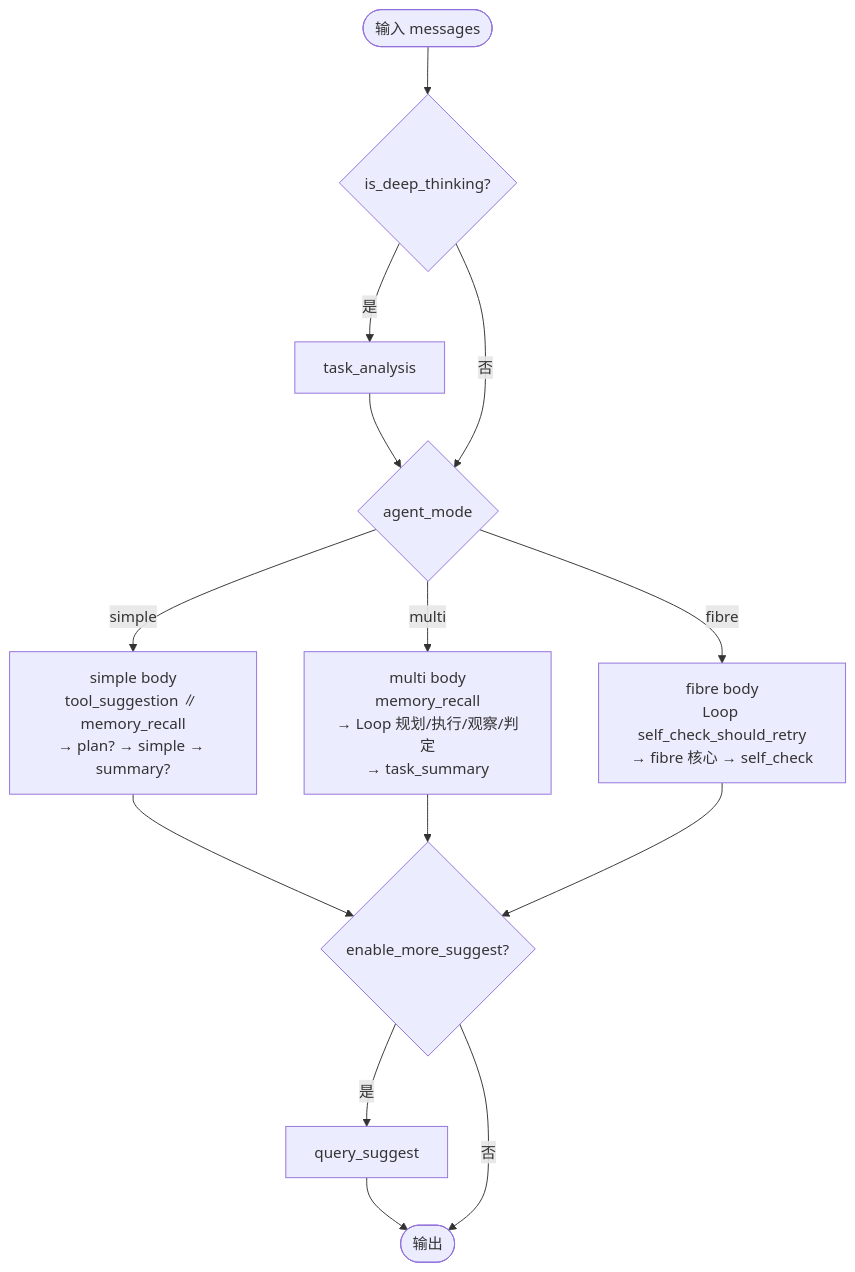
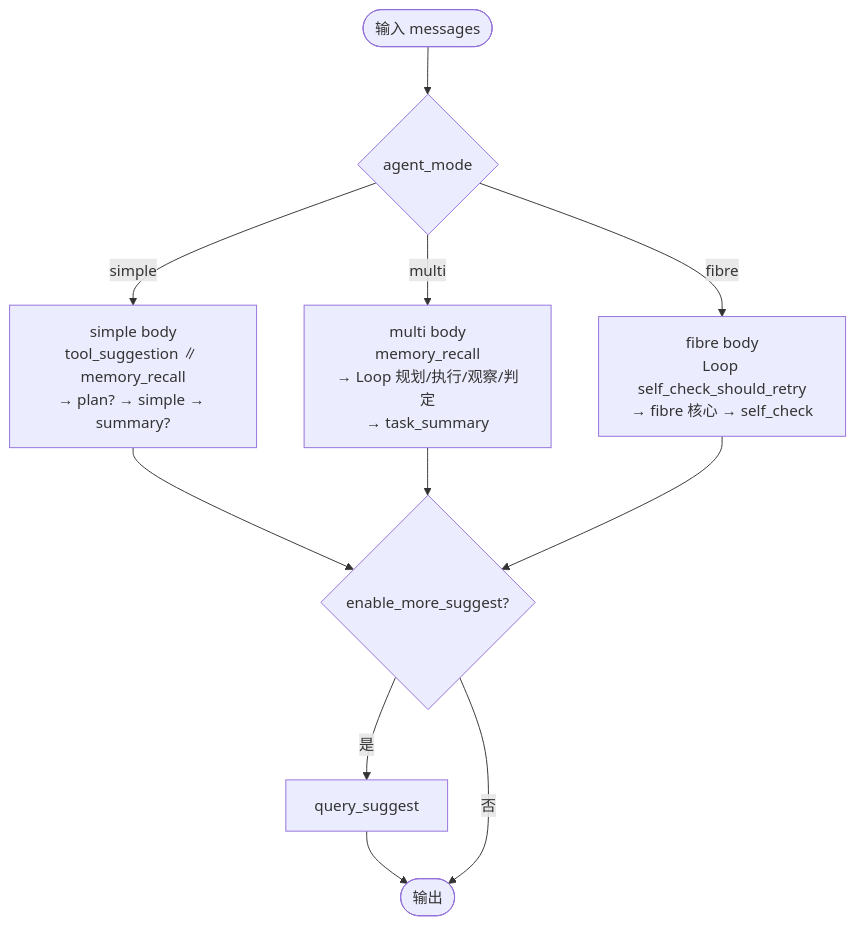
One commit to ZHangZHengEric/Sage changed the fifth of 7 diagrams in docs/zh/architecture/ARCHITECTURE_SAGENTS_OVERVIEW.md. Above: the diagram before and after it, drawn with Mermaid. The commit also changed other lines of this file and 61 other files, not shown here.

````diff
--- a/docs/zh/architecture/ARCHITECTURE_SAGENTS_OVERVIEW.md
+++ b/docs/zh/architecture/ARCHITECTURE_SAGENTS_OVERVIEW.md
@@ -153,16 +153,13 @@
 ```mermaid
 flowchart TB
-    Start([输入 messages]) --> DT{is_deep_thinking?}
-    DT -->|是| Analysis[task_analysis] --> Sw
-    DT -->|否| Sw
-    Sw{agent_mode}
+    Start([输入 messages]) --> Sw{agent_mode}
     Sw -->|simple| Simple[simple body<br/>tool_suggestion ∥ memory_recall<br/>→ plan? → simple → summary?]
     Sw -->|multi| Multi[multi body<br/>memory_recall<br/>→ Loop 规划/执行/观察/判定<br/>→ task_summary]
     Sw -->|fibre| Fibre[fibre body<br/>Loop self_check_should_retry<br/>→ fibre 核心 → self_check]
     Simple --> More
     Multi --> More
     Fibre --> More
     More{enable_more_suggest?}
     More -->|是| Sug[query_suggest] --> End([输出])
     More -->|否| End
 ```
````
